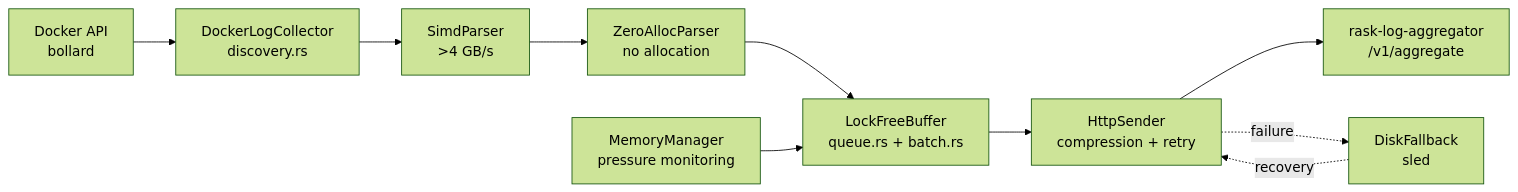
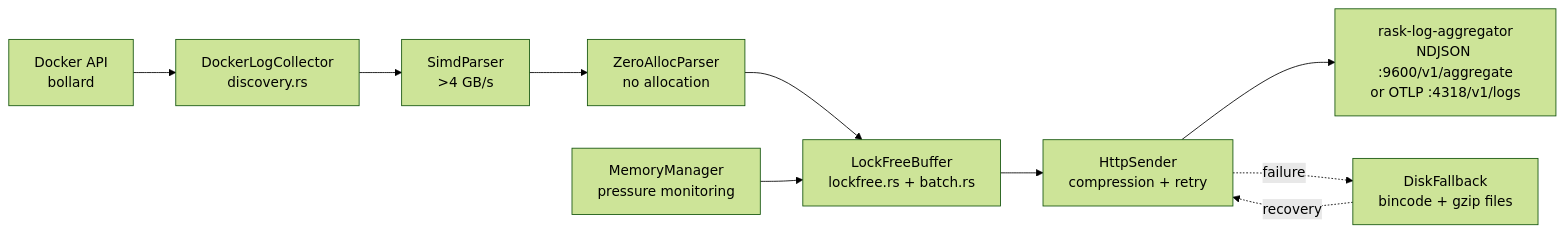
The diagram in docs/services/rask-log-forwarder.md (Kaikei-e/Alt), drawn with Mermaid (forest theme) before and after one commit. The commit also changed other lines of this file and 76 other files, not shown here.

````diff
--- a/docs/services/rask-log-forwarder.md
+++ b/docs/services/rask-log-forwarder.md
@@ -37,18 +47,18 @@
 ```mermaid
 flowchart LR
     Docker[Docker API<br/>bollard]
     Collector[DockerLogCollector<br/>discovery.rs]
     Parser[SimdParser<br/>>4 GB/s]
     ZeroAlloc[ZeroAllocParser<br/>no allocation]
     Memory[MemoryManager<br/>pressure monitoring]
-    Buffer[LockFreeBuffer<br/>queue.rs + batch.rs]
+    Buffer[LockFreeBuffer<br/>lockfree.rs + batch.rs]
     Sender[HttpSender<br/>compression + retry]
-    Disk[DiskFallback<br/>sled]
-    Aggregator[rask-log-aggregator<br/>/v1/aggregate]
+    Disk[DiskFallback<br/>bincode + gzip files]
+    Aggregator[rask-log-aggregator<br/>NDJSON :9600/v1/aggregate<br/>or OTLP :4318/v1/logs]
 
     Docker --> Collector --> Parser --> ZeroAlloc --> Buffer
     Memory --> Buffer
     Buffer --> Sender --> Aggregator
     Sender -.->|failure| Disk
     Disk -.->|recovery| Sender
 ```
````
